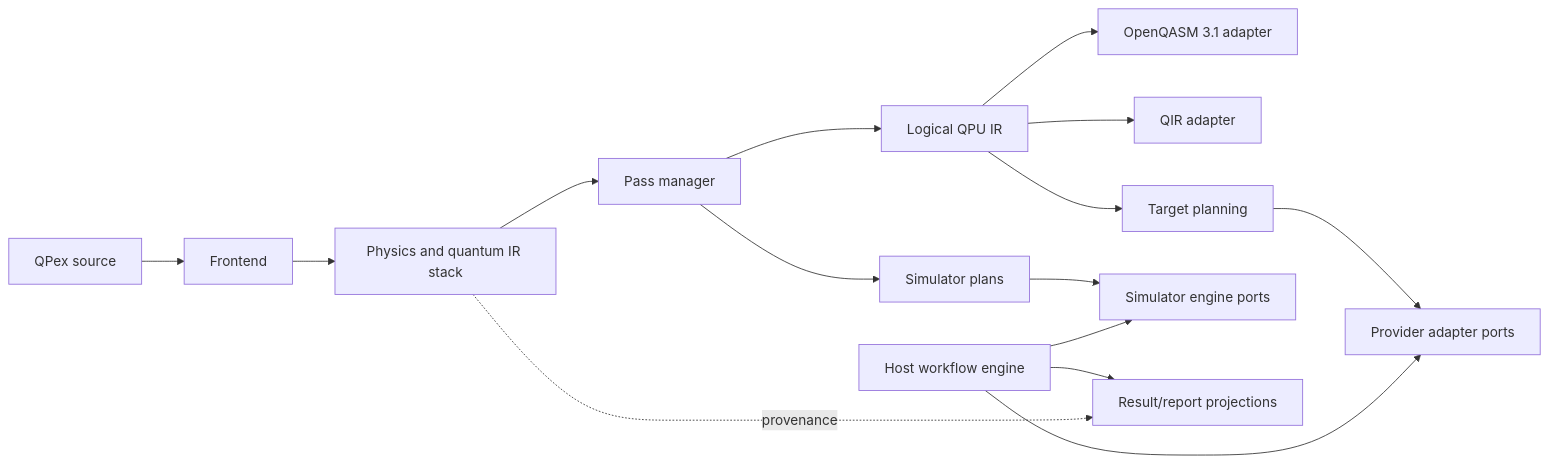
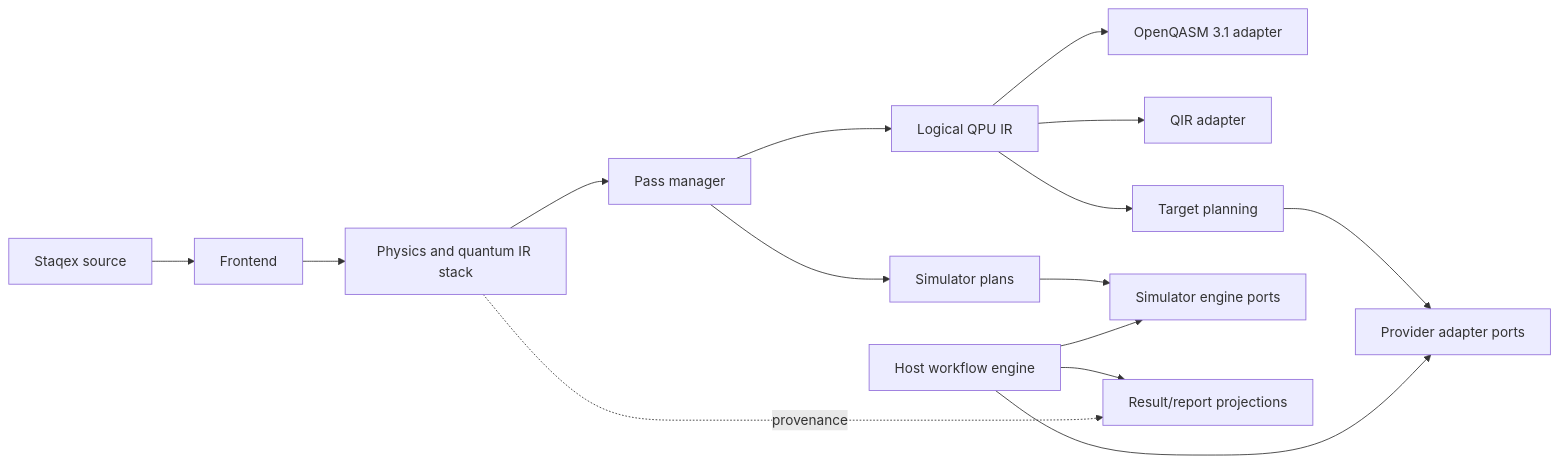
One commit to nn0cl/qpex changed the diagram in docs/architecture/qpex-v1-compiler-blueprint.md. Above: the diagram before and after it, drawn with Mermaid. The commit also changed other lines of this file and 635 other files, not shown here.

````diff
--- a/docs/architecture/qpex-v1-compiler-blueprint.md
+++ b/docs/architecture/qpex-v1-compiler-blueprint.md
@@ -86,17 +86,17 @@
 ```mermaid
 flowchart LR
-    S["QPex source"] --> FE["Frontend"]
+    S["Staqex source"] --> FE["Frontend"]
     FE --> PIR["Physics and quantum IR stack"]
     PIR --> PM["Pass manager"]
     PM --> SP["Simulator plans"]
     PM --> QPU["Logical QPU IR"]
     QPU --> OQ["OpenQASM 3.1 adapter"]
     QPU --> QIR["QIR adapter"]
     QPU --> TP["Target planning"]
     TP --> PA["Provider adapter ports"]
     SP --> SE["Simulator engine ports"]
     HE["Host workflow engine"] --> PA
     HE --> SE
     HE --> RP["Result/report projections"]
     PIR -. provenance .-> RP
 ```
````
